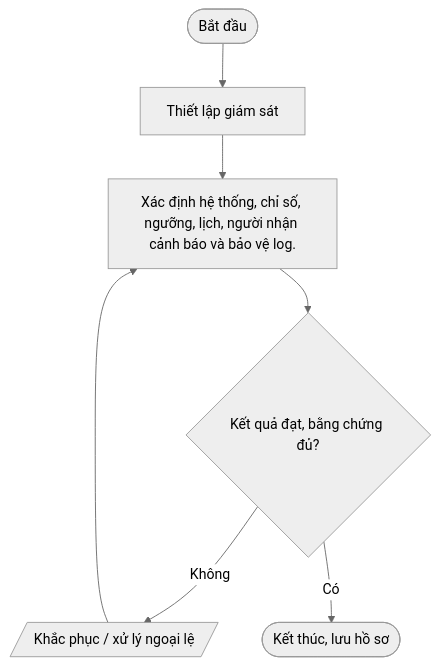
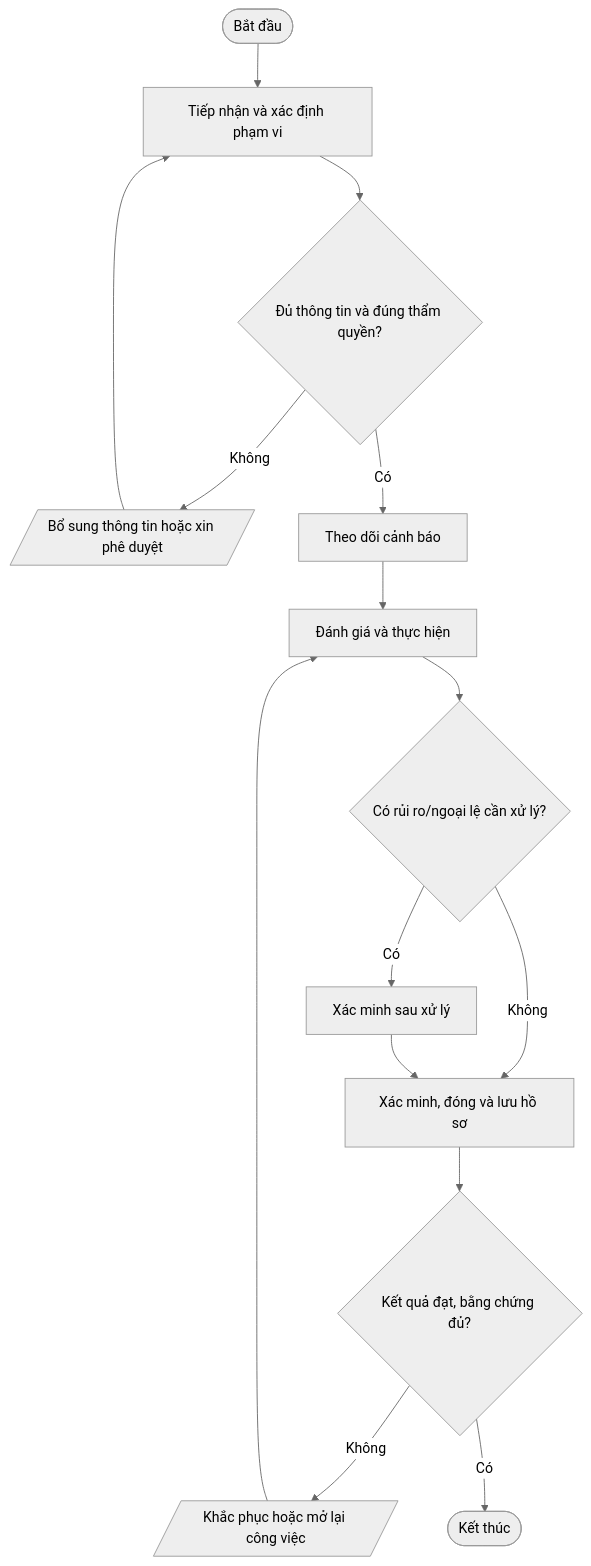
Before and after one commit to daoaigiangnam/Quy_Trinh_Chuan: the eighth of 9 diagrams in quy-trinh/02-Van-hanh-IT/README.md, drawn with Mermaid (neutral theme). The commit also changed other lines of this file, not shown here.

Commit message:
docs: refine detailed procedure steps and Mermaid flowcharts

````diff
--- a/quy-trinh/02-Van-hanh-IT/README.md
+++ b/quy-trinh/02-Van-hanh-IT/README.md
@@ -542,11 +671,17 @@
 ```mermaid
 flowchart TD
-  A([Bắt đầu]) --> S1
-  S1["Thiết lập giám sát"]
-  S2["Xác định hệ thống, chỉ số, ngưỡng, lịch, người nhận cảnh báo và bảo vệ log."]
-  S1 --> S2
-  S2 --> D2{"Kết quả đạt, bằng chứng đủ?"}
-  D2 -- Không --> REWORK[/"Khắc phục / xử lý ngoại lệ"/]
-  REWORK --> S2
-  D2 -- Có --> Z([Kết thúc, lưu hồ sơ])
+  A([Bắt đầu]) --> S1["Tiếp nhận và xác định phạm vi"]
+  S1 --> D1{"Đủ thông tin và đúng thẩm quyền?"}
+  D1 -- Không --> F1[/"Bổ sung thông tin hoặc xin phê duyệt"/]
+  F1 --> S1
+  D1 -- Có --> S2["Theo dõi cảnh báo"]
+  S2 --> S3["Đánh giá và thực hiện"]
+  S3 --> D2{"Có rủi ro/ngoại lệ cần xử lý?"}
+  D2 -- Có --> S4["Xác minh sau xử lý"]
+  D2 -- Không --> S5["Xác minh, đóng và lưu hồ sơ"]
+  S4 --> S5
+  S5 --> D3{"Kết quả đạt, bằng chứng đủ?"}
+  D3 -- Không --> R[/"Khắc phục hoặc mở lại công việc"/]
+  R --> S3
+  D3 -- Có --> Z([Kết thúc])
 ```
````
